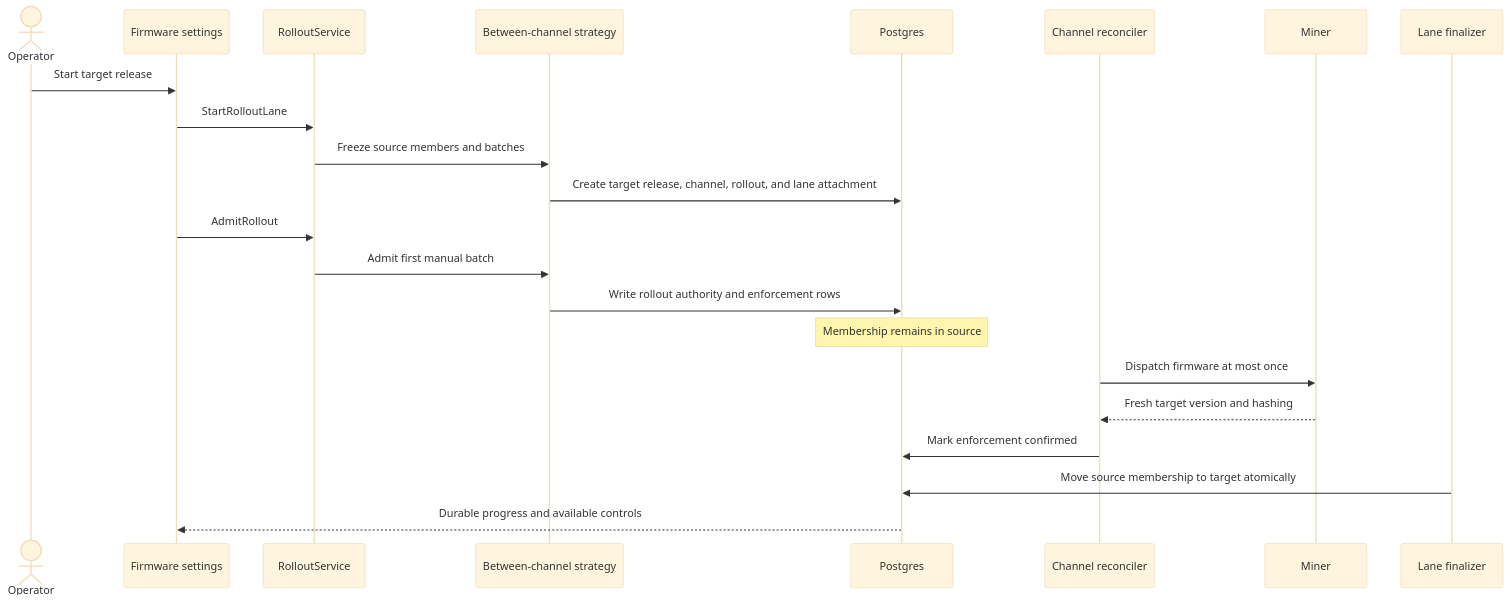
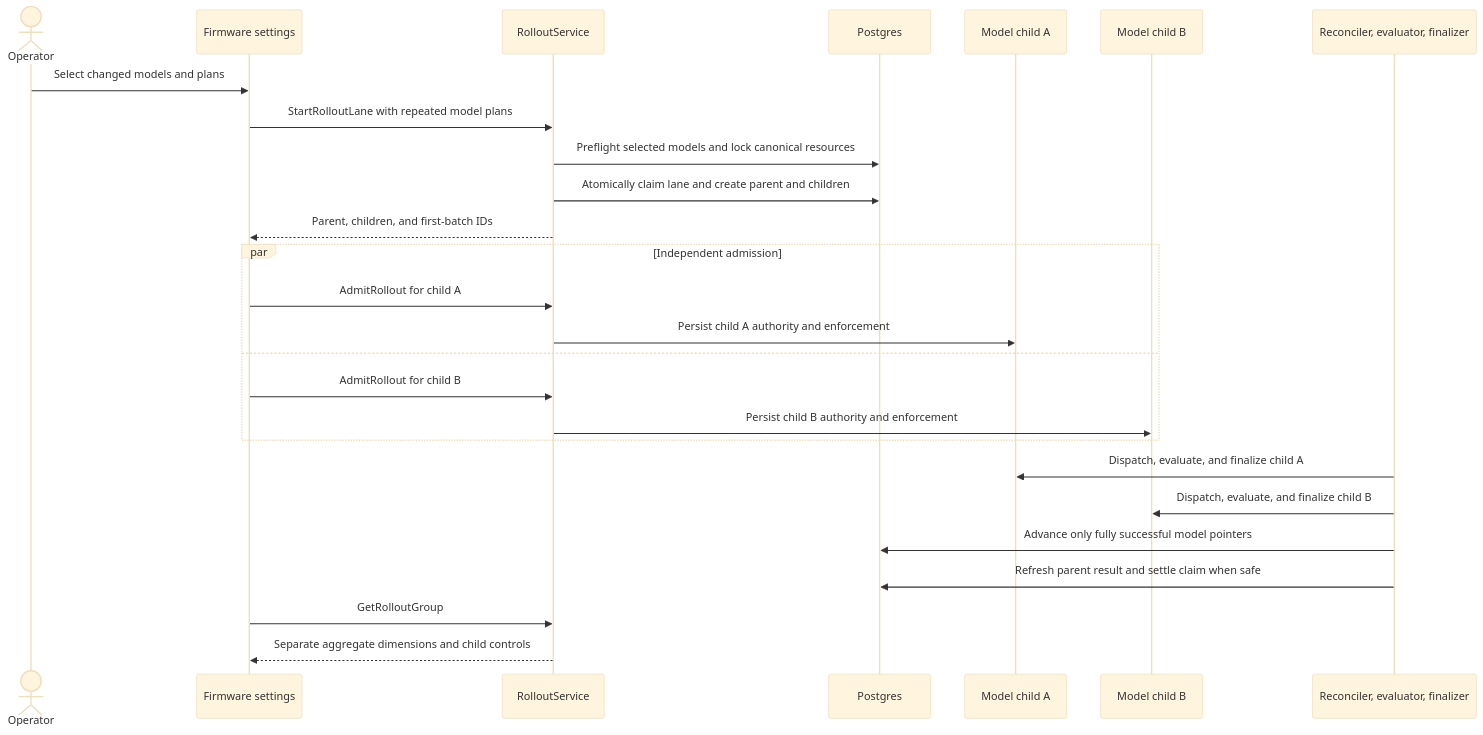
The third of 3 diagrams in docs/plans/2026-08-12-software-channels-tdd.md (block/proto-fleet), drawn with Mermaid (base theme) before and after one commit. The commit also changed other lines of this file and 144 other files, not shown here.

First line of the commit message:
feat(rollout): support independent multi-model channels

````diff
--- a/docs/plans/2026-08-12-software-channels-tdd.md
+++ b/docs/plans/2026-08-12-software-channels-tdd.md
@@ -336,25 +370,29 @@
 ```mermaid
 sequenceDiagram
     actor Operator
     participant UI as Firmware settings
     participant API as RolloutService
-    participant BC as Between-channel strategy
     participant DB as Postgres
-    participant REC as Channel reconciler
-    participant MINER as Miner
-    participant FIN as Lane finalizer
+    participant PROTO as Model child A
+    participant OTHER as Model child B
+    participant RUNTIME as Reconciler, evaluator, finalizer
 
-    Operator->>UI: Start target release
-    UI->>API: StartRolloutLane
-    API->>BC: Freeze source members and batches
-    BC->>DB: Create target release, channel, rollout, and lane attachment
-    UI->>API: AdmitRollout
-    API->>BC: Admit first manual batch
-    BC->>DB: Write rollout authority and enforcement rows
-    Note over DB: Membership remains in source
-    REC->>MINER: Dispatch firmware at most once
-    MINER-->>REC: Fresh target version and hashing
-    REC->>DB: Mark enforcement confirmed
-    FIN->>DB: Move source membership to target atomically
-    DB-->>UI: Durable progress and available controls
+    Operator->>UI: Select changed models and plans
+    UI->>API: StartRolloutLane with repeated model plans
+    API->>DB: Preflight selected models and lock canonical resources
+    API->>DB: Atomically claim lane and create parent and children
+    API-->>UI: Parent, children, and first-batch IDs
+    par Independent admission
+        UI->>API: AdmitRollout for child A
+        API->>PROTO: Persist child A authority and enforcement
+    and
+        UI->>API: AdmitRollout for child B
+        API->>OTHER: Persist child B authority and enforcement
+    end
+    RUNTIME->>PROTO: Dispatch, evaluate, and finalize child A
+    RUNTIME->>OTHER: Dispatch, evaluate, and finalize child B
+    RUNTIME->>DB: Advance only fully successful model pointers
+    RUNTIME->>DB: Refresh parent result and settle claim when safe
+    UI->>API: GetRolloutGroup
+    API-->>UI: Separate aggregate dimensions and child controls
 ```
````
